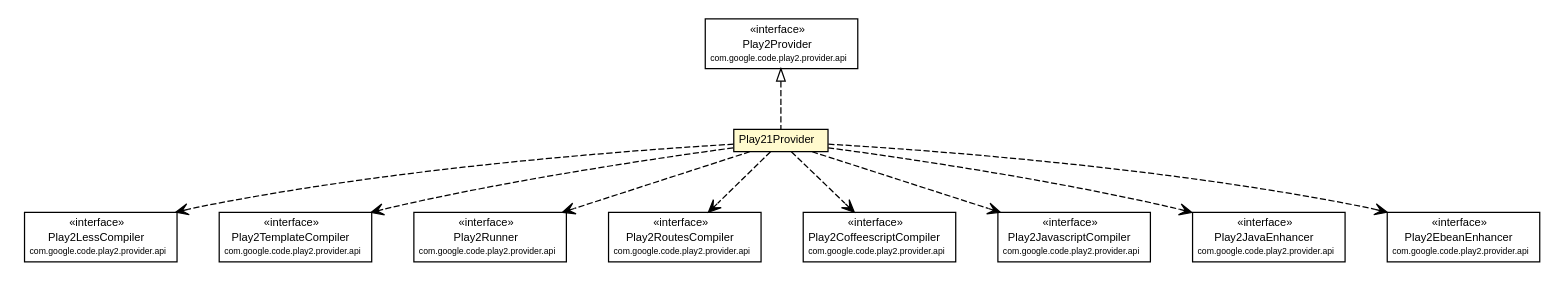
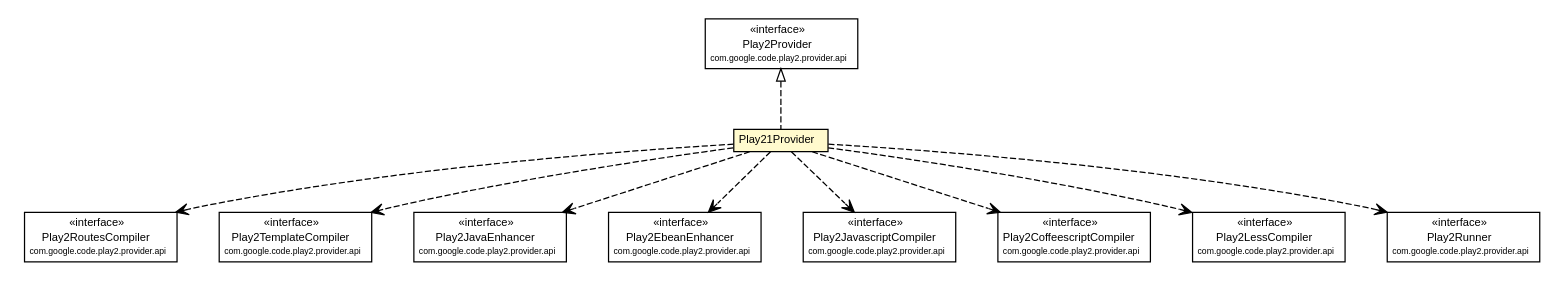
One commit to play2-maven-plugin/play2-maven-plugin.github.io changed the diagram in play2-maven-plugin/1.0.0-beta6-SNAPSHOT/play2-providers/play2-provider-play21/apidocs/com/google/code/play2/provider/play21/Play21Provider.dot. Above: the diagram before and after it, drawn with Graphviz. The commit also changed 339 other files, not shown here.

```diff
--- a/play2-maven-plugin/1.0.0-beta6-SNAPSHOT/play2-providers/play2-provider-play21/apidocs/com/google/code/play2/provider/play21/Play21Provider.dot
+++ b/play2-maven-plugin/1.0.0-beta6-SNAPSHOT/play2-providers/play2-provider-play21/apidocs/com/google/code/play2/provider/play21/Play21Provider.dot
@@ -1,108 +1,108 @@
 #!/usr/local/bin/dot
 #
 # Class diagram 
 # Generated by UMLGraph version R5_6-24-gf6e263 (http://www.umlgraph.org/)
 #
 
 digraph G {
 	edge [fontname="arial",fontsize=10,labelfontname="arial",labelfontsize=10];
 	node [fontname="arial",fontsize=10,shape=plaintext];
 	nodesep=0.25;
 	ranksep=0.5;
 	// com.google.code.play2.provider.play21.Play21Provider
 	c184 [label=<<table title="com.google.code.play2.provider.play21.Play21Provider" border="0" cellborder="1" cellspacing="0" cellpadding="2" port="p" bgcolor="lemonChiffon" href="./Play21Provider.html">
 		<tr><td><table border="0" cellspacing="0" cellpadding="1">
 <tr><td align="center" balign="center"> Play21Provider </td></tr>
 		</table></td></tr>
 		</table>>, URL="./Play21Provider.html", fontname="arial", fontcolor="black", fontsize=9.0];
 	//com.google.code.play2.provider.play21.Play21Provider implements com.google.code.play2.provider.api.Play2Provider
 	c193:p -> c184:p [dir=back,arrowtail=empty,style=dashed];
-	// com.google.code.play2.provider.play21.Play21Provider DEPEND com.google.code.play2.provider.api.Play2LessCompiler
+	// com.google.code.play2.provider.play21.Play21Provider DEPEND com.google.code.play2.provider.api.Play2RoutesCompiler
 	c184:p -> c194:p [taillabel="", label="", headlabel="", fontname="arial", fontcolor="black", fontsize=10.0, color="black", arrowhead=open, style=dashed];
 	// com.google.code.play2.provider.play21.Play21Provider DEPEND com.google.code.play2.provider.api.Play2TemplateCompiler
 	c184:p -> c195:p [taillabel="", label="", headlabel="", fontname="arial", fontcolor="black", fontsize=10.0, color="black", arrowhead=open, style=dashed];
+	// com.google.code.play2.provider.play21.Play21Provider DEPEND com.google.code.play2.provider.api.Play2JavaEnhancer
+	c184:p -> c196:p [taillabel="", label="", headlabel="", fontname="arial", fontcolor="black", fontsize=10.0, color="black", arrowhead=open, style=dashed];
+	// com.google.code.play2.provider.play21.Play21Provider DEPEND com.google.code.play2.provider.api.Play2EbeanEnhancer
+	c184:p -> c197:p [taillabel="", label="", headlabel="", fontname="arial", fontcolor="black", fontsize=10.0, color="black", arrowhead=open, style=dashed];
+	// com.google.code.play2.provider.play21.Play21Provider DEPEND com.google.code.play2.provider.api.Play2JavascriptCompiler
+	c184:p -> c198:p [taillabel="", label="", headlabel="", fontname="arial", fontcolor="black", fontsize=10.0, color="black", arrowhead=open, style=dashed];
+	// com.google.code.play2.provider.play21.Play21Provider DEPEND com.google.code.play2.provider.api.Play2CoffeescriptCompiler
+	c184:p -> c199:p [taillabel="", label="", headlabel="", fontname="arial", fontcolor="black", fontsize=10.0, color="black", arrowhead=open, style=dashed];
+	// com.google.code.play2.provider.play21.Play21Provider DEPEND com.google.code.play2.provider.api.Play2LessCompiler
+	c184:p -> c200:p [taillabel="", label="", headlabel="", fontname="arial", fontcolor="black", fontsize=10.0, color="black", arrowhead=open, style=dashed];
 	// com.google.code.play2.provider.play21.Play21Provider DEPEND com.google.code.play2.provider.api.Play2Runner
-	c184:p -> c196:p [taillabel="", label="", headlabel="", fontname="arial", fontcolor="black", fontsize=10.0, color="black", arrowhead=open, style=dashed];
-	// com.google.code.play2.provider.play21.Play21Provider DEPEND com.google.code.play2.provider.api.Play2RoutesCompiler
-	c184:p -> c197:p [taillabel="", label="", headlabel="", fontname="arial", fontcolor="black", fontsize=10.0, color="black", arrowhead=open, style=dashed];
-	// com.google.code.play2.provider.play21.Play21Provider DEPEND com.google.code.play2.provider.api.Play2CoffeescriptCompiler
-	c184:p -> c198:p [taillabel="", label="", headlabel="", fontname="arial", fontcolor="black", fontsize=10.0, color="black", arrowhead=open, style=dashed];
-	// com.google.code.play2.provider.play21.Play21Provider DEPEND com.google.code.play2.provider.api.Play2JavascriptCompiler
-	c184:p -> c199:p [taillabel="", label="", headlabel="", fontname="arial", fontcolor="black", fontsize=10.0, color="black", arrowhead=open, style=dashed];
-	// com.google.code.play2.provider.play21.Play21Provider DEPEND com.google.code.play2.provider.api.Play2JavaEnhancer
-	c184:p -> c200:p [taillabel="", label="", headlabel="", fontname="arial", fontcolor="black", fontsize=10.0, color="black", arrowhead=open, style=dashed];
-	// com.google.code.play2.provider.play21.Play21Provider DEPEND com.google.code.play2.provider.api.Play2EbeanEnhancer
 	c184:p -> c201:p [taillabel="", label="", headlabel="", fontname="arial", fontcolor="black", fontsize=10.0, color="black", arrowhead=open, style=dashed];
 	// com.google.code.play2.provider.api.Play2Provider
 	c193 [label=<<table title="com.google.code.play2.provider.api.Play2Provider" border="0" cellborder="1" cellspacing="0" cellpadding="2" port="p">
 		<tr><td><table border="0" cellspacing="0" cellpadding="1">
 <tr><td align="center" balign="center"> &#171;interface&#187; </td></tr>
 <tr><td align="center" balign="center"> Play2Provider </td></tr>
 <tr><td align="center" balign="center"><font point-size="7.0"> com.google.code.play2.provider.api </font></td></tr>
 		</table></td></tr>
 		</table>>, URL="null", fontname="arial", fontcolor="black", fontsize=9.0];
 	// com.google.code.play2.provider.api.Play2RoutesCompiler
-	c197 [label=<<table title="com.google.code.play2.provider.api.Play2RoutesCompiler" border="0" cellborder="1" cellspacing="0" cellpadding="2" port="p">
+	c194 [label=<<table title="com.google.code.play2.provider.api.Play2RoutesCompiler" border="0" cellborder="1" cellspacing="0" cellpadding="2" port="p">
 		<tr><td><table border="0" cellspacing="0" cellpadding="1">
 <tr><td align="center" balign="center"> &#171;interface&#187; </td></tr>
 <tr><td align="center" balign="center"> Play2RoutesCompiler </td></tr>
 <tr><td align="center" balign="center"><font point-size="7.0"> com.google.code.play2.provider.api </font></td></tr>
 		</table></td></tr>
 		</table>>, URL="null", fontname="arial", fontcolor="black", fontsize=9.0];
 	// com.google.code.play2.provider.api.Play2LessCompiler
-	c194 [label=<<table title="com.google.code.play2.provider.api.Play2LessCompiler" border="0" cellborder="1" cellspacing="0" cellpadding="2" port="p">
+	c200 [label=<<table title="com.google.code.play2.provider.api.Play2LessCompiler" border="0" cellborder="1" cellspacing="0" cellpadding="2" port="p">
 		<tr><td><table border="0" cellspacing="0" cellpadding="1">
 <tr><td align="center" balign="center"> &#171;interface&#187; </td></tr>
 <tr><td align="center" balign="center"> Play2LessCompiler </td></tr>
 <tr><td align="center" balign="center"><font point-size="7.0"> com.google.code.play2.provider.api </font></td></tr>
 		</table></td></tr>
 		</table>>, URL="null", fontname="arial", fontcolor="black", fontsize=9.0];
 	// com.google.code.play2.provider.api.Play2TemplateCompiler
 	c195 [label=<<table title="com.google.code.play2.provider.api.Play2TemplateCompiler" border="0" cellborder="1" cellspacing="0" cellpadding="2" port="p">
 		<tr><td><table border="0" cellspacing="0" cellpadding="1">
 <tr><td align="center" balign="center"> &#171;interface&#187; </td></tr>
 <tr><td align="center" balign="center"> Play2TemplateCompiler </td></tr>
 <tr><td align="center" balign="center"><font point-size="7.0"> com.google.code.play2.provider.api </font></td></tr>
 		</table></td></tr>
 		</table>>, URL="null", fontname="arial", fontcolor="black", fontsize=9.0];
 	// com.google.code.play2.provider.api.Play2CoffeescriptCompiler
-	c198 [label=<<table title="com.google.code.play2.provider.api.Play2CoffeescriptCompiler" border="0" cellborder="1" cellspacing="0" cellpadding="2" port="p">
+	c199 [label=<<table title="com.google.code.play2.provider.api.Play2CoffeescriptCompiler" border="0" cellborder="1" cellspacing="0" cellpadding="2" port="p">
 		<tr><td><table border="0" cellspacing="0" cellpadding="1">
 <tr><td align="center" balign="center"> &#171;interface&#187; </td></tr>
 <tr><td align="center" balign="center"> Play2CoffeescriptCompiler </td></tr>
 <tr><td align="center" balign="center"><font point-size="7.0"> com.google.code.play2.provider.api </font></td></tr>
 		</table></td></tr>
 		</table>>, URL="null", fontname="arial", fontcolor="black", fontsize=9.0];
 	// com.google.code.play2.provider.api.Play2EbeanEnhancer
-	c201 [label=<<table title="com.google.code.play2.provider.api.Play2EbeanEnhancer" border="0" cellborder="1" cellspacing="0" cellpadding="2" port="p">
+	c197 [label=<<table title="com.google.code.play2.provider.api.Play2EbeanEnhancer" border="0" cellborder="1" cellspacing="0" cellpadding="2" port="p">
 		<tr><td><table border="0" cellspacing="0" cellpadding="1">
 <tr><td align="center" balign="center"> &#171;interface&#187; </td></tr>
 <tr><td align="center" balign="center"> Play2EbeanEnhancer </td></tr>
 <tr><td align="center" balign="center"><font point-size="7.0"> com.google.code.play2.provider.api </font></td></tr>
 		</table></td></tr>
 		</table>>, URL="null", fontname="arial", fontcolor="black", fontsize=9.0];
 	// com.google.code.play2.provider.api.Play2JavascriptCompiler
-	c199 [label=<<table title="com.google.code.play2.provider.api.Play2JavascriptCompiler" border="0" cellborder="1" cellspacing="0" cellpadding="2" port="p">
+	c198 [label=<<table title="com.google.code.play2.provider.api.Play2JavascriptCompiler" border="0" cellborder="1" cellspacing="0" cellpadding="2" port="p">
 		<tr><td><table border="0" cellspacing="0" cellpadding="1">
 <tr><td align="center" balign="center"> &#171;interface&#187; </td></tr>
 <tr><td align="center" balign="center"> Play2JavascriptCompiler </td></tr>
 <tr><td align="center" balign="center"><font point-size="7.0"> com.google.code.play2.provider.api </font></td></tr>
 		</table></td></tr>
 		</table>>, URL="null", fontname="arial", fontcolor="black", fontsize=9.0];
 	// com.google.code.play2.provider.api.Play2JavaEnhancer
-	c200 [label=<<table title="com.google.code.play2.provider.api.Play2JavaEnhancer" border="0" cellborder="1" cellspacing="0" cellpadding="2" port="p">
+	c196 [label=<<table title="com.google.code.play2.provider.api.Play2JavaEnhancer" border="0" cellborder="1" cellspacing="0" cellpadding="2" port="p">
 		<tr><td><table border="0" cellspacing="0" cellpadding="1">
 <tr><td align="center" balign="center"> &#171;interface&#187; </td></tr>
 <tr><td align="center" balign="center"> Play2JavaEnhancer </td></tr>
 <tr><td align="center" balign="center"><font point-size="7.0"> com.google.code.play2.provider.api </font></td></tr>
 		</table></td></tr>
 		</table>>, URL="null", fontname="arial", fontcolor="black", fontsize=9.0];
 	// com.google.code.play2.provider.api.Play2Runner
-	c196 [label=<<table title="com.google.code.play2.provider.api.Play2Runner" border="0" cellborder="1" cellspacing="0" cellpadding="2" port="p">
+	c201 [label=<<table title="com.google.code.play2.provider.api.Play2Runner" border="0" cellborder="1" cellspacing="0" cellpadding="2" port="p">
 		<tr><td><table border="0" cellspacing="0" cellpadding="1">
 <tr><td align="center" balign="center"> &#171;interface&#187; </td></tr>
 <tr><td align="center" balign="center"> Play2Runner </td></tr>
 <tr><td align="center" balign="center"><font point-size="7.0"> com.google.code.play2.provider.api </font></td></tr>
 		</table></td></tr>
 		</table>>, URL="null", fontname="arial", fontcolor="black", fontsize=9.0];
 }
```
